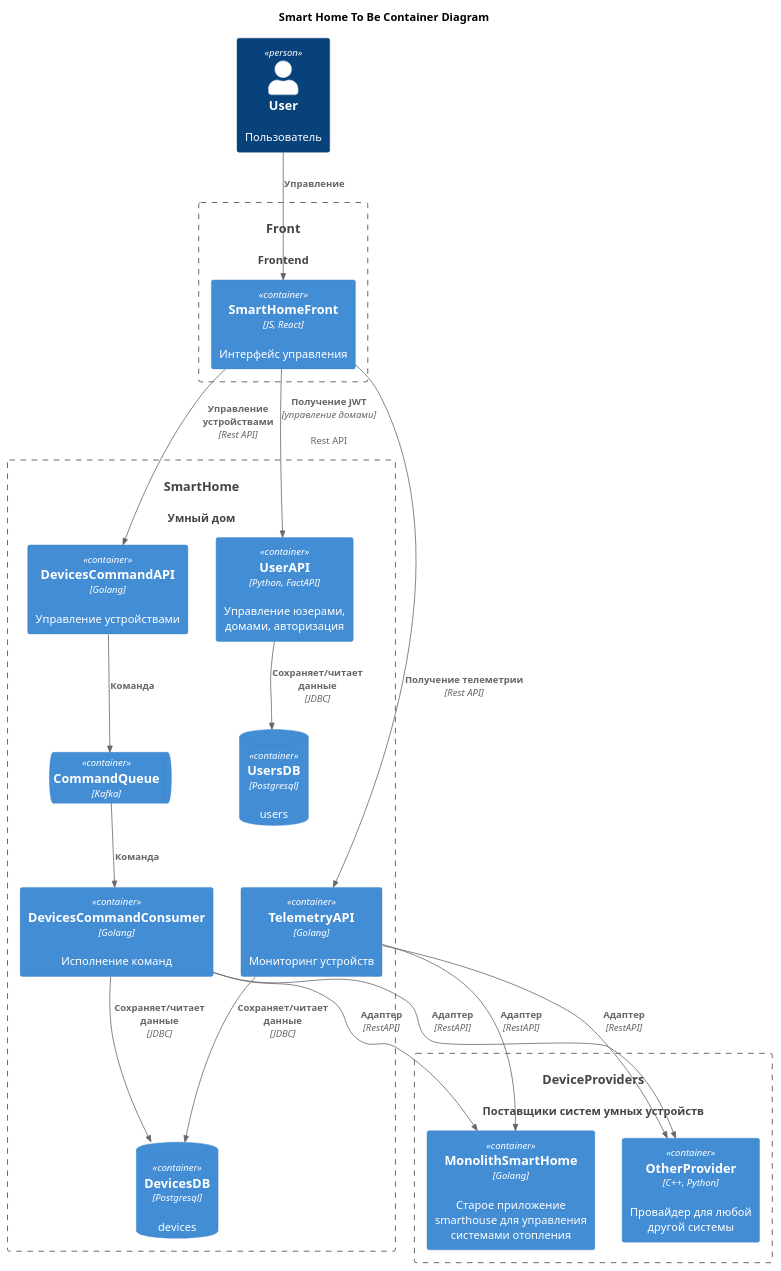
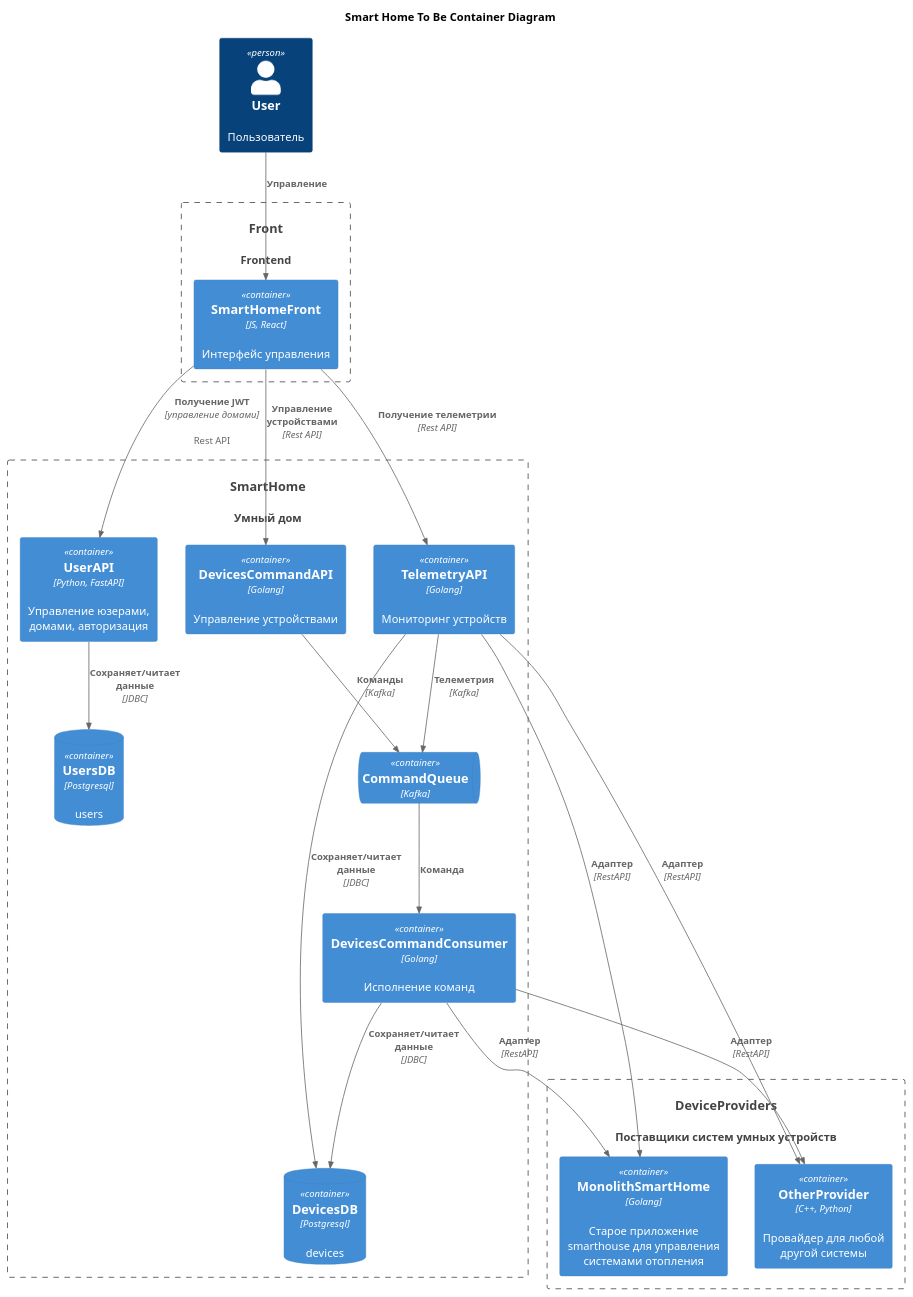
The diagram in diagrams/containers/to_be.puml (mrpeunov/architecture-pro-warmhouse), drawn with PlantUML before and after one commit. The commit also changed 14 other files, not shown here.

Commit message:
Реализация devices_command_api

```diff
--- a/diagrams/containers/to_be.puml
+++ b/diagrams/containers/to_be.puml
@@ -1,60 +1,61 @@
 @startuml
 title Smart Home To Be Container Diagram
 
 top to bottom direction
 
 !include <C4/C4_Container>
 
 Person(user, User, Пользователь)
 
 System(Front, Front, Frontend)
 
 Container_Boundary(Front, Front){
     Container(SmartHomeFront, SmartHomeFront, "JS, React", Интерфейс управления)
 }
 Rel(user, SmartHomeFront, "Управление")
 
 
 System(SmartHome, SmartHome, Умный дом)
 
 Container_Boundary(SmartHome, SmartHome) {
   Container(DevicesCommandAPI, DevicesCommandAPI, "Golang", "Управление устройствами")
   Container(TelemetryAPI, TelemetryAPI, "Golang", "Мониторинг устройств")
-  Container(UserAPI, UserAPI, "Python, FactAPI", "Управление юзерами, домами, авторизация")
+  Container(UserAPI, UserAPI, "Python, FastAPI", "Управление юзерами, домами, авторизация")
   Container(DevicesCommandConsumer, DevicesCommandConsumer, "Golang", "Исполнение команд")
 
   ContainerQueue(CommandQueue, CommandQueue, Kafka)
   ContainerDb(DevicesDB, DevicesDB, Postgresql, devices)
   ContainerDb(UsersDB, UsersDB, Postgresql, users)
 
-  Rel(DevicesCommandAPI, CommandQueue, "Команда")
+  Rel(TelemetryAPI, CommandQueue, "Телеметрия", Kafka)
+  Rel(DevicesCommandAPI, CommandQueue, "Команды", Kafka)
   Rel(CommandQueue, DevicesCommandConsumer, "Команда")
 
   Rel(UserAPI, UsersDB, Сохраняет/читает данные, JDBC)
 
   Rel(DevicesCommandConsumer, DevicesDB, Сохраняет/читает данные, JDBC)
   Rel(TelemetryAPI, DevicesDB, Сохраняет/читает данные, JDBC)
 }
 
 Rel(SmartHomeFront, DevicesCommandAPI, Управление устройствами, Rest API)
 Rel(SmartHomeFront, TelemetryAPI, Получение телеметрии, Rest API)
 Rel(SmartHomeFront, UserAPI, Получение JWT, управление домами, Rest API)
 
 System_Ext(DeviceProviders, DeviceProviders, "Поставщики систем умных устройств")
 Container_Boundary(DeviceProviders, DeviceProviders){
     Container(MonolithSmartHome, MonolithSmartHome, Golang, "Старое приложение smarthouse для управления системами отопления" )
     Container(OtherProvider, OtherProvider, "C++, Python", "Провайдер для любой другой системы")
 }
 
 Rel(TelemetryAPI, MonolithSmartHome, "Адаптер", RestAPI)
 Rel(DevicesCommandConsumer, MonolithSmartHome, "Адаптер", RestAPI)
 
 Rel(TelemetryAPI, OtherProvider, "Адаптер", RestAPI)
 Rel(DevicesCommandConsumer, OtherProvider, "Адаптер", RestAPI)
 
 
 
 
 
 
 @enduml
```
